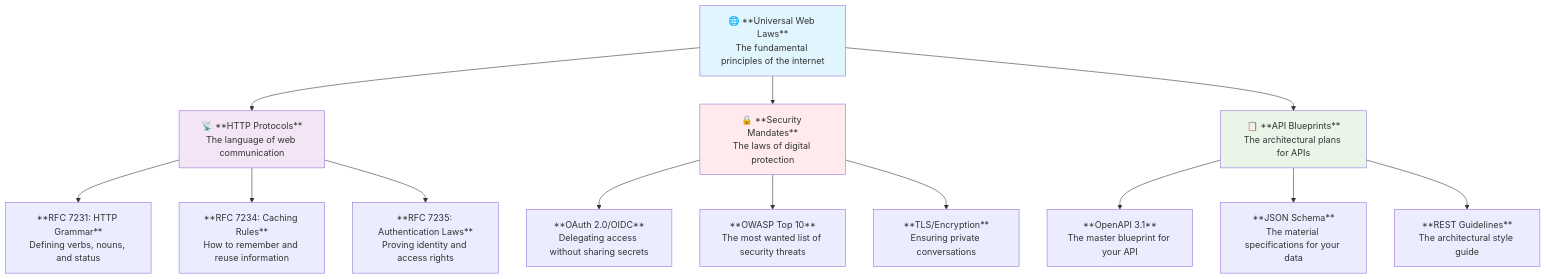
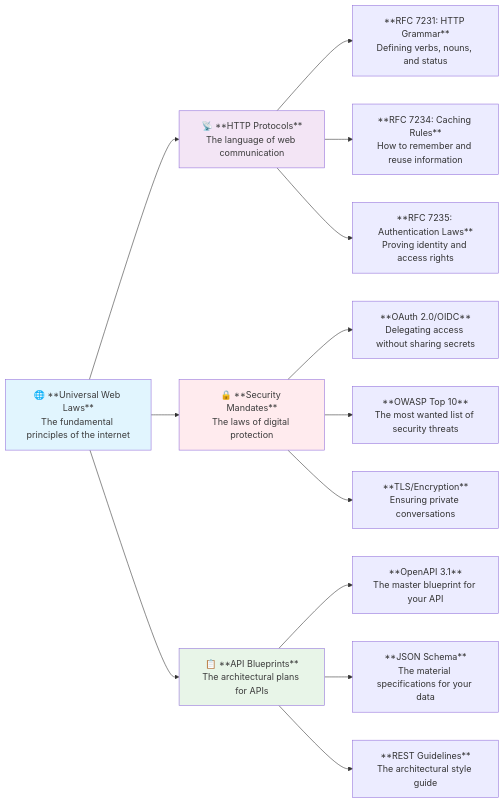
The first of 3 diagrams in app/docs/03_intermediate/10-references-standards/page.mdx (ridwanspace/restful-fastapi-guideline), drawn with Mermaid before and after one commit. The commit also changed other lines of this file, not shown here.

Commit message:
📝 docs(references): improve mermaid diagrams in standards page
- fix graph direction from TD to LR for better readability
- add text color to mermaid diagram styles for better contrast

````diff
--- a/app/docs/03_intermediate/10-references-standards/page.mdx
+++ b/app/docs/03_intermediate/10-references-standards/page.mdx
@@ -13,23 +13,23 @@
 ```mermaid
-graph TD
+graph LR
     A[🌐 **Universal Web Laws**<br/>The fundamental principles of the internet] --> B[📡 **HTTP Protocols**<br/>The language of web communication]
     A --> C[🔒 **Security Mandates**<br/>The laws of digital protection]
     A --> D[📋 **API Blueprints**<br/>The architectural plans for APIs]
 
     B --> B1[**RFC 7231: HTTP Grammar**<br/>Defining verbs, nouns, and status]
     B --> B2[**RFC 7234: Caching Rules**<br/>How to remember and reuse information]
     B --> B3[**RFC 7235: Authentication Laws**<br/>Proving identity and access rights]
 
     C --> C1[**OAuth 2.0/OIDC**<br/>Delegating access without sharing secrets]
     C --> C2[**OWASP Top 10**<br/>The most wanted list of security threats]
     C --> C3[**TLS/Encryption**<br/>Ensuring private conversations]
 
     D --> D1[**OpenAPI 3.1**<br/>The master blueprint for your API]
     D --> D2[**JSON Schema**<br/>The material specifications for your data]
     D --> D3[**REST Guidelines**<br/>The architectural style guide]
 
-    style A fill:#e1f5fe
-    style B fill:#f3e5f5
-    style C fill:#ffebee
-    style D fill:#e8f5e8
+    style A fill:#e1f5fe,color:#3b3b3b
+    style B fill:#f3e5f5,color:#3b3b3b
+    style C fill:#ffebee,color:#3b3b3b
+    style D fill:#e8f5e8,color:#3b3b3b
 ```
````
